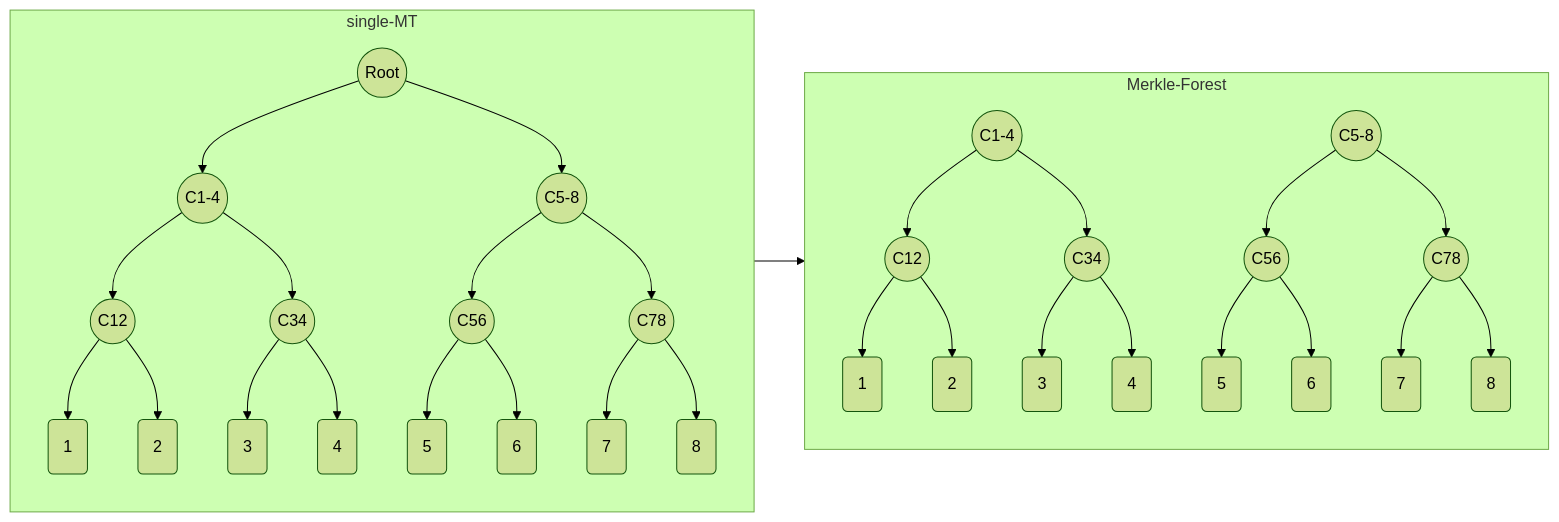
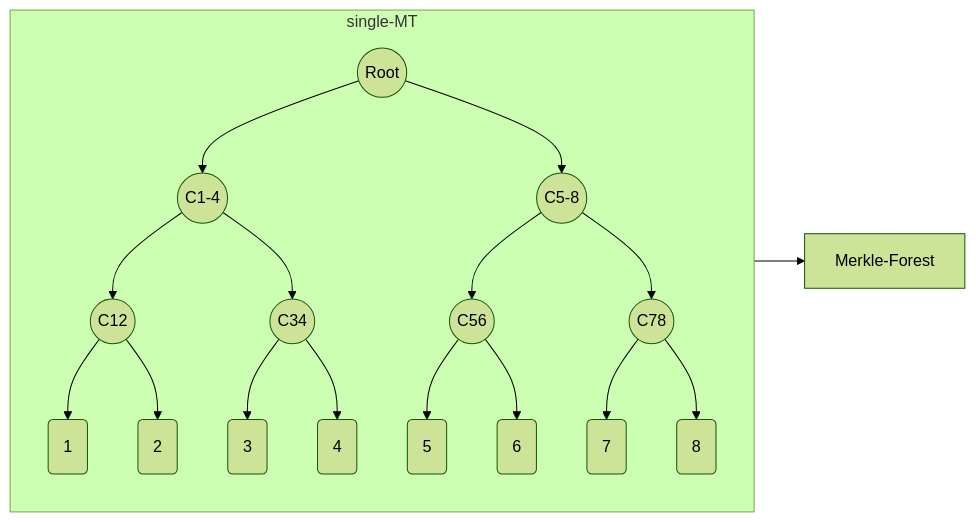
One commit to Poseidon-ZKP/merkle-forest changed the diagram in README.md. Above: the diagram before and after it, drawn with Mermaid (forest theme).

````diff
--- a/README.md
+++ b/README.md
@@ -29,25 +29,16 @@
 ```mermaid
     graph LR;
         subgraph single-MT
             R((Root))-->C1234 & C5678;
             C1234((C1-4)) --> C12((C12)) & C34((C34));
             C5678((C5-8)) --> C56((C56)) & C78((C78));
             C12-->L1(1) & L2(2)
             C34-->L3(3) & L4(4)
             C56-->L5(5) & L6(6)
             C78-->L7(7) & L8(8)
         end
 
-        subgraph Merkle-Forest
-            FC1234((C1-4)) --> FC12((C12)) & FC34((C34));
-            FC5678((C5-8)) --> FC56((C56)) & FC78((C78));
-            FC12-->FL1(1) & FL2(2)
-            FC34-->FL3(3) & FL4(4)
-            FC56-->FL5(5) & FL6(6)
-            FC78-->FL7(7) & FL8(8)
-        end
-
         single-MT --> Merkle-Forest
 
 
 ```
````
